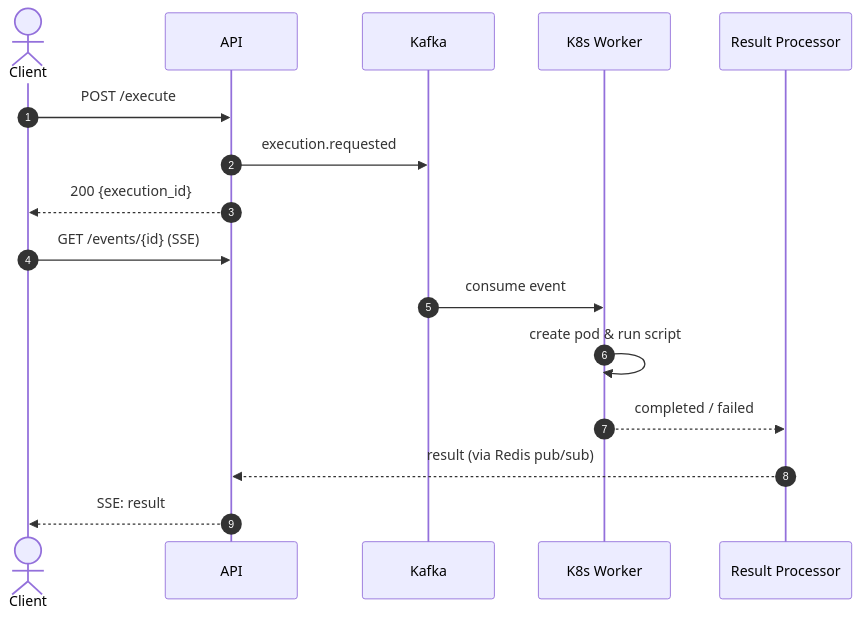
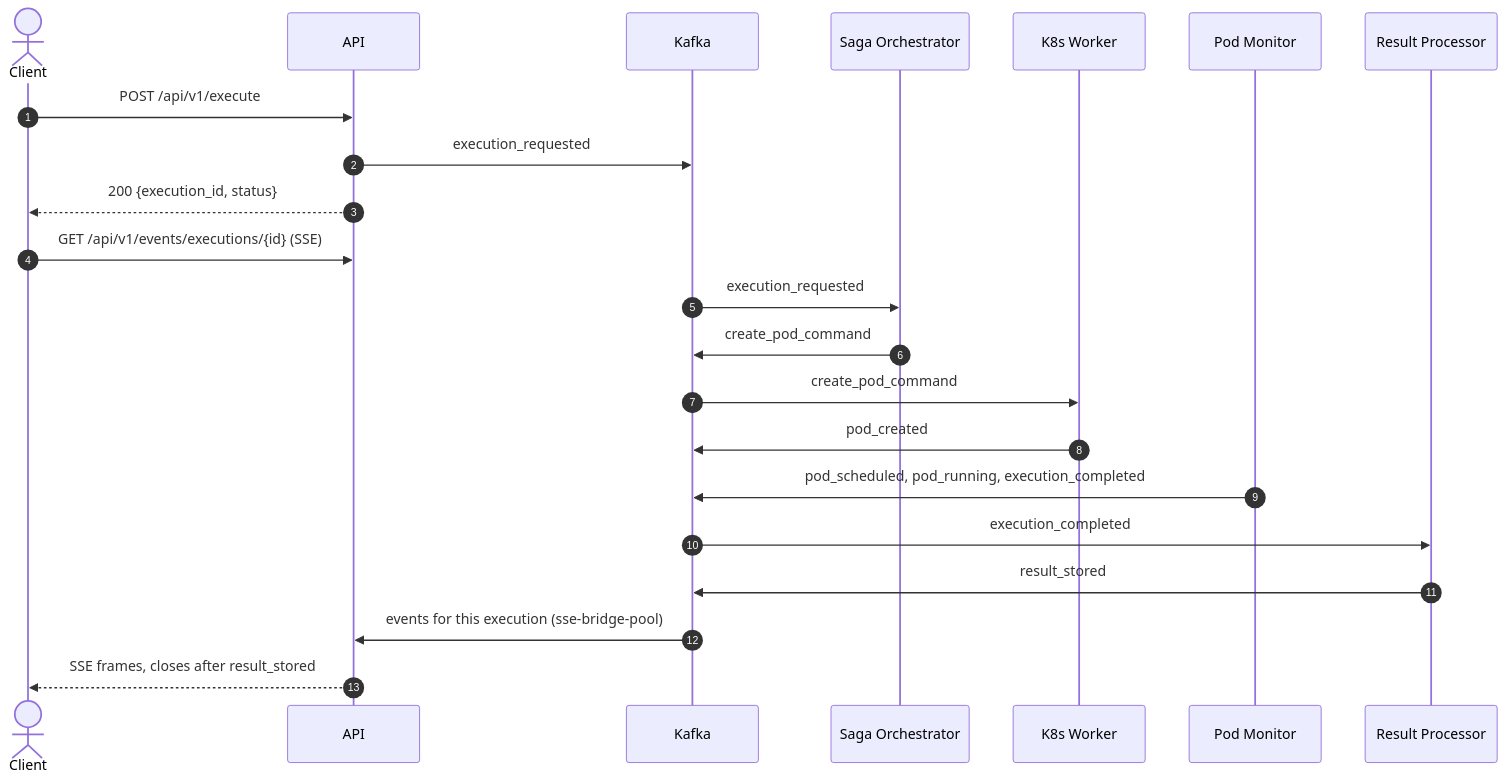
The second of 4 diagrams in docs/architecture/overview.md (HardMax71/Integr8sCode), drawn with Mermaid before and after one commit. The commit also changed other lines of this file and 304 other files, not shown here.

````diff
--- a/docs/architecture/overview.md
+++ b/docs/architecture/overview.md
@@ -85,22 +82,30 @@
 ```mermaid
 sequenceDiagram
     autonumber
     actor Client
     participant API
     participant Kafka
+    participant Saga as Saga Orchestrator
     participant K8s as K8s Worker
+    participant Monitor as Pod Monitor
     participant Result as Result Processor
 
-    Client->>API: POST /execute
-    API->>Kafka: execution.requested
-    API-->>Client: 200 {execution_id}
-    Client->>API: GET /events/{id} (SSE)
-    Kafka->>K8s: consume event
-    K8s->>K8s: create pod & run script
-    K8s-->>Result: completed / failed
-    Result-->>API: result (via Redis pub/sub)
-    API-->>Client: SSE: result
+    Client->>API: POST /api/v1/execute
+    API->>Kafka: execution_requested
+    API-->>Client: 200 {execution_id, status}
+    Client->>API: GET /api/v1/events/executions/{id} (SSE)
+    Kafka->>Saga: execution_requested
+    Saga->>Kafka: create_pod_command
+    Kafka->>K8s: create_pod_command
+    K8s->>Kafka: pod_created
+    Monitor->>Kafka: pod_scheduled, pod_running, execution_completed
+    Kafka->>Result: execution_completed
+    Result->>Kafka: result_stored
+    Kafka->>API: events for this execution (sse-bridge-pool)
+    API-->>Client: SSE frames, closes after result_stored
 
+    link Saga: Docs @ ../../components/workers/saga_orchestrator/
     link K8s: Docs @ ../../components/workers/k8s_worker/
+    link Monitor: Docs @ ../../components/workers/pod_monitor/
     link Result: Docs @ ../../components/workers/result_processor/
 ```
````
